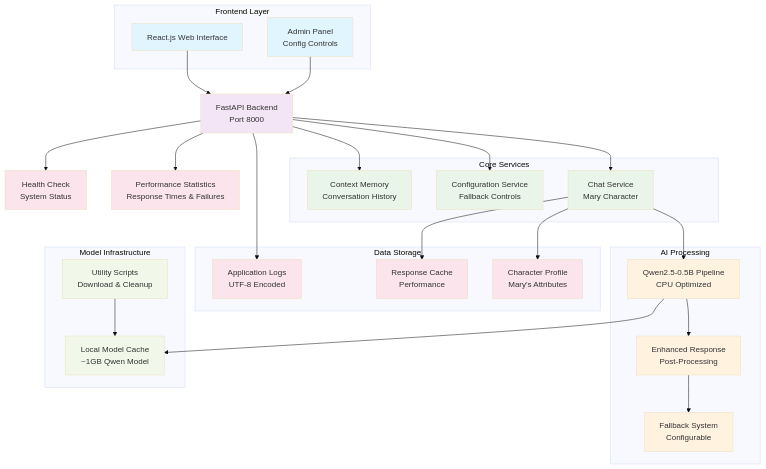
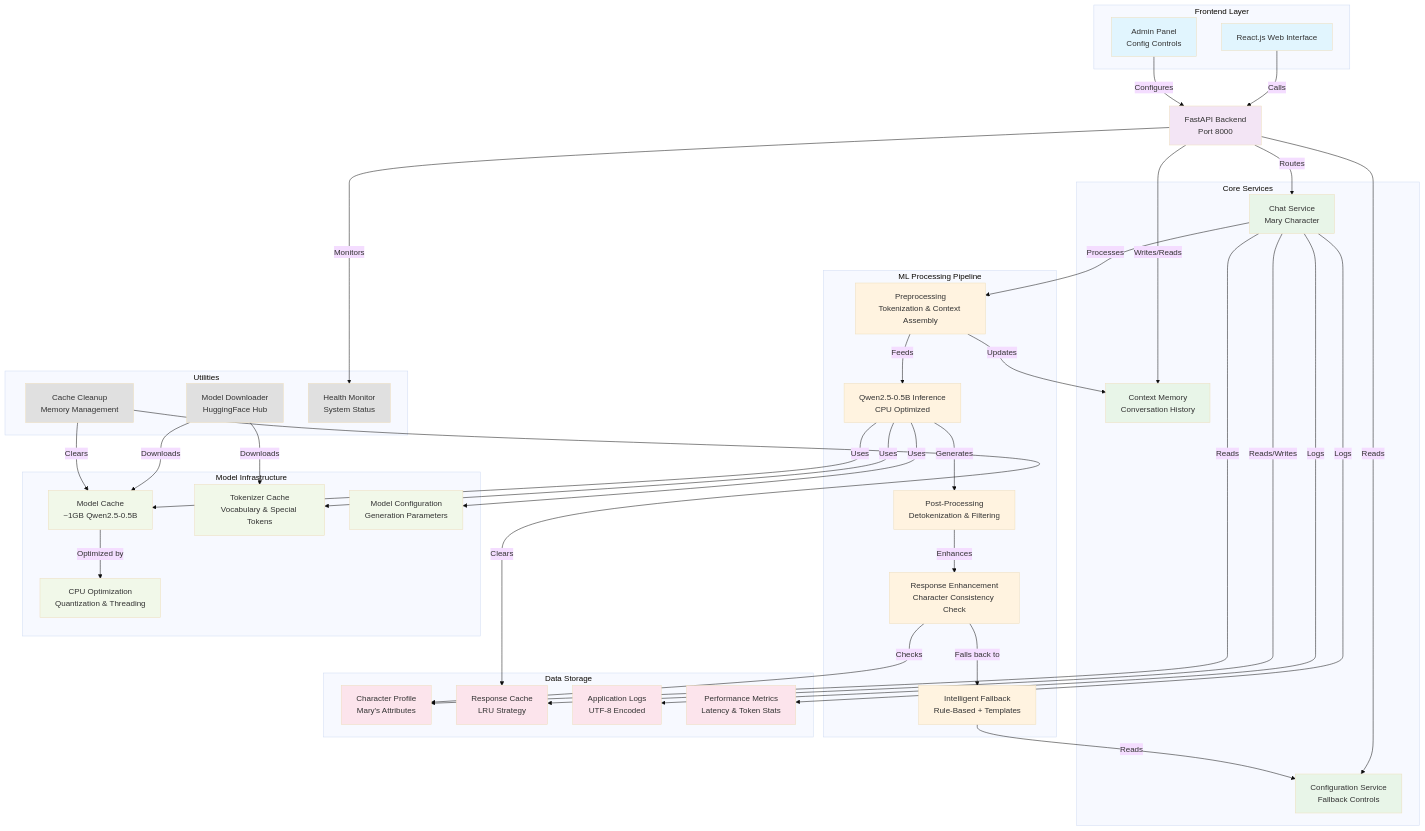
The diagram in project.mmd (shaf-aston/FYP-sales-training-tool), drawn with Mermaid (base theme) before and after one commit. The commit also changed 7 other files, not shown here.

```diff
--- a/project.mmd
+++ b/project.mmd
@@ -1,58 +1,89 @@
 ---
 config:
   layout: dagre
 ---
 flowchart TB
  subgraph subGraph0["Frontend Layer"]
         UI["React.js Web Interface"]
         Admin["Admin Panel<br>Config Controls"]
   end
  subgraph subGraph1["Core Services"]
         Chat["Chat Service<br>Mary Character"]
         Config["Configuration Service<br>Fallback Controls"]
         Memory["Context Memory<br>Conversation History"]
   end
- subgraph subGraph2["AI Processing"]
-        Pipeline["Qwen2.5-0.5B Pipeline<br>CPU Optimized"]
-        Enhanced["Enhanced Response<br>Post-Processing"]
-        Fallback["Fallback System<br>Configurable"]
+ subgraph subGraph2["ML Processing Pipeline"]
+        PreProc["Preprocessing<br>Tokenization &amp; Context Assembly"]
+        Inference["Qwen2.5-0.5B Inference<br>CPU Optimized"]
+        PostProc["Post-Processing<br>Detokenization &amp; Filtering"]
+        Enhanced["Response Enhancement<br>Character Consistency Check"]
+        Fallback["Intelligent Fallback<br>Rule-Based + Templates"]
   end
- subgraph subGraph3["Data Storage"]
+ subgraph subGraph3["Model Infrastructure"]
+        ModelCache["Model Cache<br>~1GB Qwen2.5-0.5B"]
+        Tokenizer["Tokenizer Cache<br>Vocabulary &amp; Special Tokens"]
+        ModelConfig["Model Configuration<br>Generation Parameters"]
+        Optimizer["CPU Optimization<br>Quantization &amp; Threading"]
+  end
+ subgraph subGraph4["Data Storage"]
         Profile@{ label: "Character Profile<br>Mary's Attributes" }
-        Cache["Response Cache<br>Performance"]
+        Cache["Response Cache<br>LRU Strategy"]
         Logs["Application Logs<br>UTF-8 Encoded"]
+        Stats["Performance Metrics<br>Latency &amp; Token Stats"]
   end
- subgraph subGraph4["Model Infrastructure"]
-        ModelCache["Local Model Cache<br>~1GB Qwen Model"]
-        Utils["Utility Scripts<br>Download &amp; Cleanup"]
+ subgraph Utilities["Utilities"]
+        Download["Model Downloader<br>HuggingFace Hub"]
+        Cleanup["Cache Cleanup<br>Memory Management"]
+        Health["Health Monitor<br>System Status"]
   end
-    UI --> API["FastAPI Backend<br>Port 8000"]
-    Admin --> API
-    API --> Chat & Config & Memory & Logs & Stats["Performance Statistics<br>Response Times &amp; Failures"] & Health["Health Check<br>System Status"]
-    Chat --> Pipeline & Profile & Cache
-    Pipeline --> Enhanced & ModelCache
-    Enhanced --> Fallback
-    Utils --> ModelCache
+    UI -- Calls --> API["FastAPI Backend<br>Port 8000"]
+    Admin -- Configures --> API
+    API -- Routes --> Chat
+    API -- Reads --> Config
+    API -- Writes/Reads --> Memory
+    API -- Monitors --> Health
+    Chat -- Processes --> PreProc
+    Chat -- Reads --> Profile
+    Chat -- Reads/Writes --> Cache
+    PreProc -- Feeds --> Inference
+    PreProc -- Updates --> Memory
+    Inference -- Generates --> PostProc
+    Inference -- Uses --> ModelCache & Tokenizer & ModelConfig
+    ModelCache -- Optimized by --> Optimizer
+    PostProc -- Enhances --> Enhanced
+    Enhanced -- Falls back to --> Fallback
+    Enhanced -- Checks --> Profile
+    Fallback -- Reads --> Config
+    Chat -- Logs --> Stats & Logs
+    Download -- Downloads --> ModelCache & Tokenizer
+    Cleanup -- Clears --> ModelCache & Cache
     Profile@{ shape: rect}
      UI:::frontend
      Admin:::frontend
      Chat:::core
      Config:::core
      Memory:::core
-     Pipeline:::ai
-     Enhanced:::ai
-     Fallback:::ai
+     PreProc:::ml
+     Inference:::ml
+     PostProc:::ml
+     Enhanced:::ml
+     Fallback:::ml
+     ModelCache:::model
+     Tokenizer:::model
+     ModelConfig:::model
+     Optimizer:::model
      Profile:::data
      Cache:::data
      Logs:::data
-     ModelCache:::model
-     Utils:::model
+     Stats:::data
+     Download:::utils
+     Cleanup:::utils
+     Health:::utils
      API:::api
-     Stats:::data
-     Health:::data
     classDef frontend fill:#e1f5fe
     classDef api fill:#f3e5f5
     classDef core fill:#e8f5e8
-    classDef ai fill:#fff3e0
+    classDef ml fill:#fff3e0
+    classDef model fill:#f1f8e9
     classDef data fill:#fce4ec
-    classDef model fill:#f1f8e9
+    classDef utils fill:#e0e0e0
```
